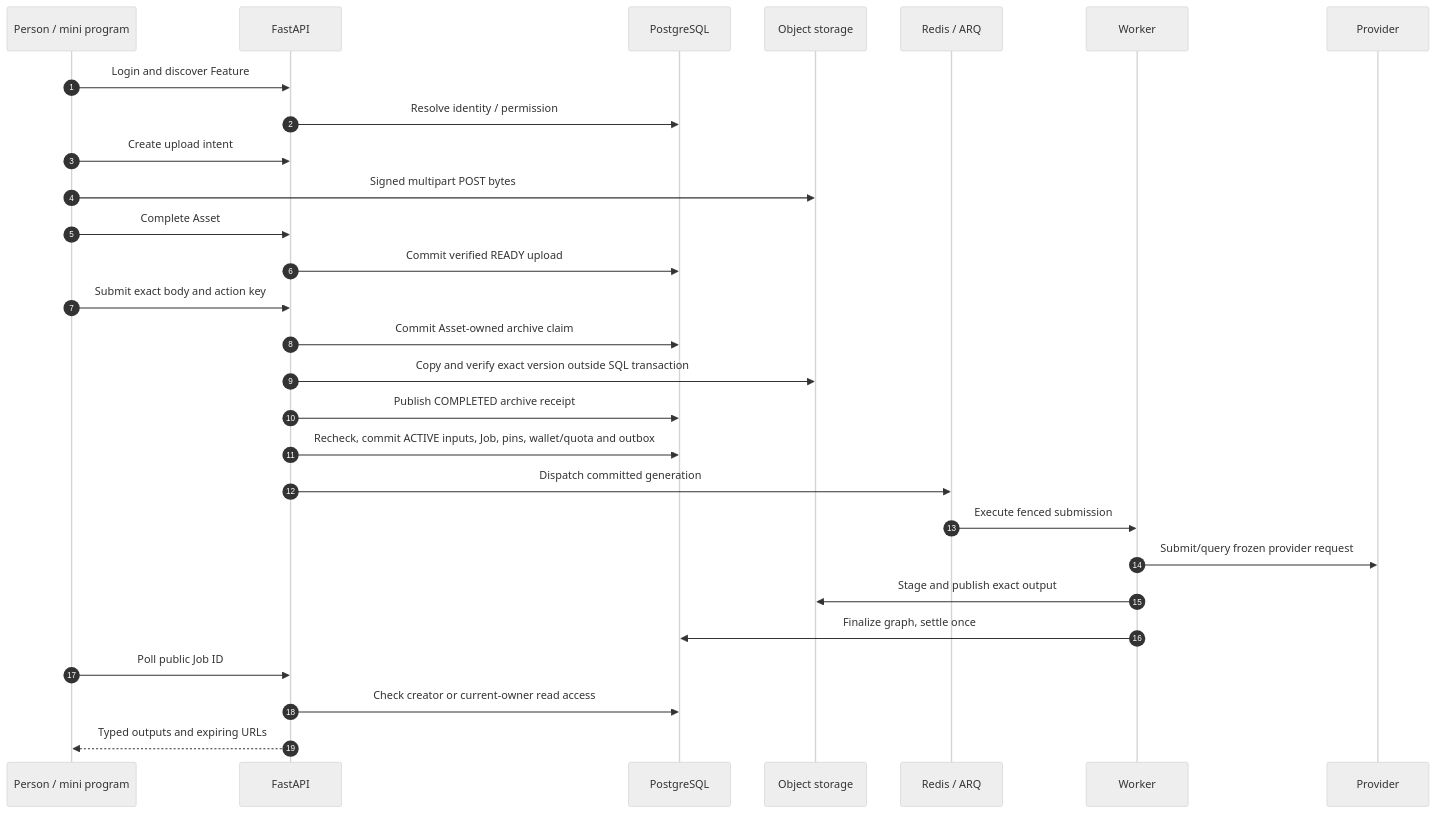
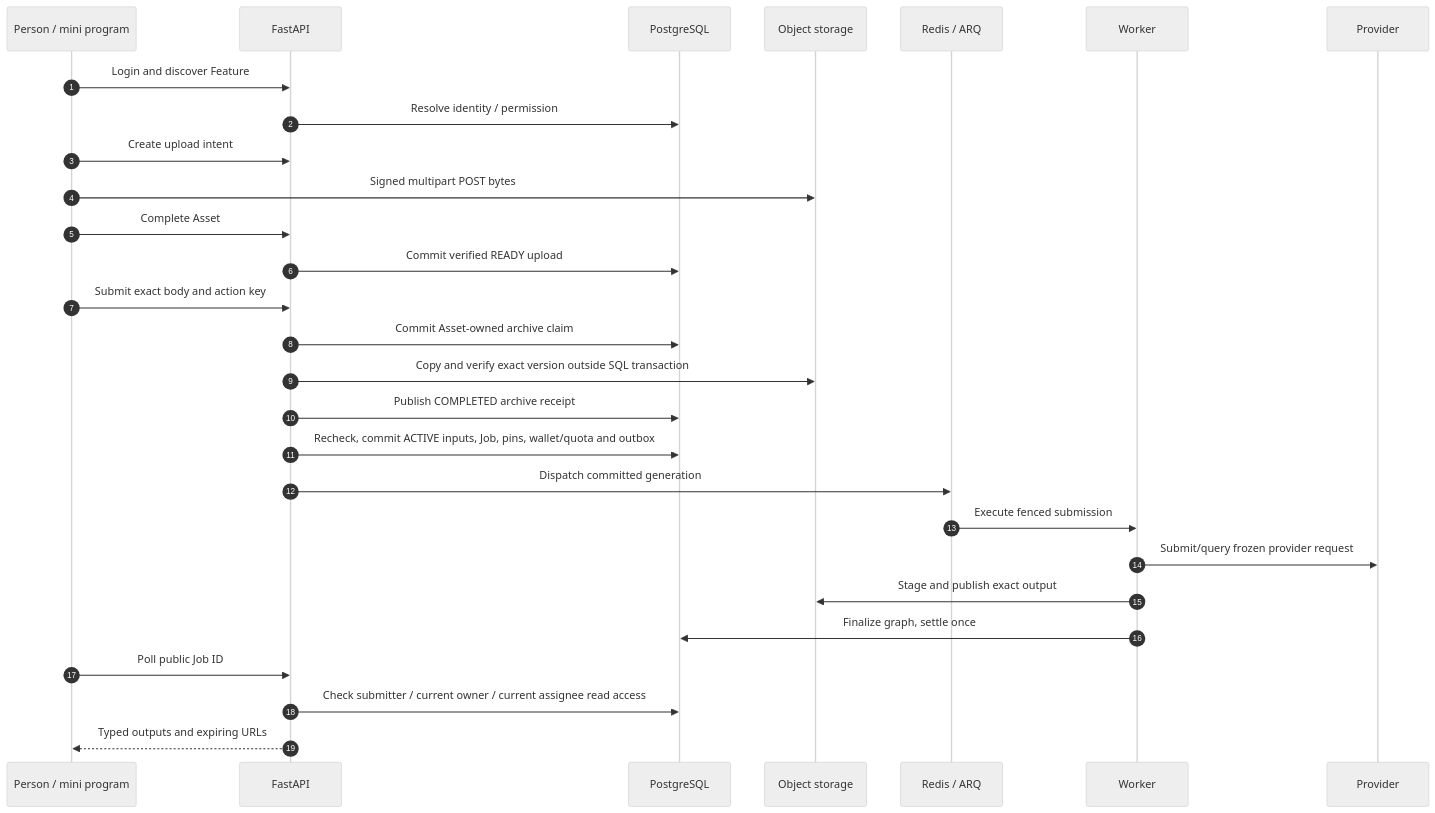
The first of 2 diagrams in reference/system-walkthrough.md (Orientation-CD/docs), drawn with Mermaid (neutral theme) before and after one commit. The commit also changed other lines of this file and 203 other files, not shown here.

````diff
--- a/reference/system-walkthrough.md
+++ b/reference/system-walkthrough.md
@@ -11,30 +11,30 @@
 ```mermaid
 sequenceDiagram
   autonumber
   participant U as Person / mini program
   participant A as FastAPI
   participant D as PostgreSQL
   participant O as Object storage
   participant Q as Redis / ARQ
   participant W as Worker
   participant P as Provider
   U->>A: Login and discover Feature
   A->>D: Resolve identity / permission
   U->>A: Create upload intent
   U->>O: Signed multipart POST bytes
   U->>A: Complete Asset
   A->>D: Commit verified READY upload
   U->>A: Submit exact body and action key
   A->>D: Commit Asset-owned archive claim
   A->>O: Copy and verify exact version outside SQL transaction
   A->>D: Publish COMPLETED archive receipt
   A->>D: Recheck, commit ACTIVE inputs, Job, pins, wallet/quota and outbox
   A->>Q: Dispatch committed generation
   Q->>W: Execute fenced submission
   W->>P: Submit/query frozen provider request
   W->>O: Stage and publish exact output
   W->>D: Finalize graph, settle once
   U->>A: Poll public Job ID
-  A->>D: Check creator or current-owner read access
+  A->>D: Check submitter / current owner / current assignee read access
   A-->>U: Typed outputs and expiring URLs
 ```
````
